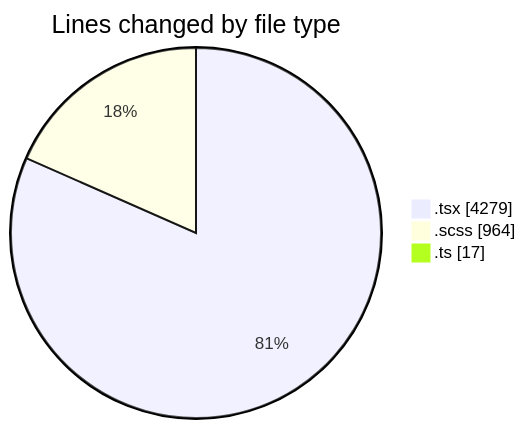
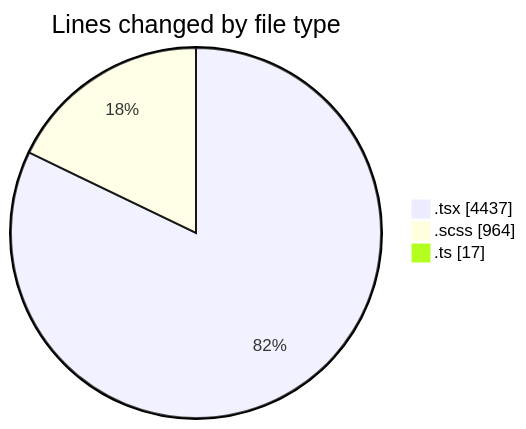
The first of 2 diagrams in 2025-09-19/cda/README.md (momahboobian/code-tracking), drawn with Mermaid before and after one commit. The commit also changed other lines of this file and 1 other file, not shown here.

````diff
--- a/2025-09-19/cda/README.md
+++ b/2025-09-19/cda/README.md
@@ -26,7 +26,7 @@
 ```mermaid
 pie showData
 title Lines changed by file type
-".tsx" : 4279
+".tsx" : 4437
 ".scss" : 964
 ".ts" : 17
 ```
````
